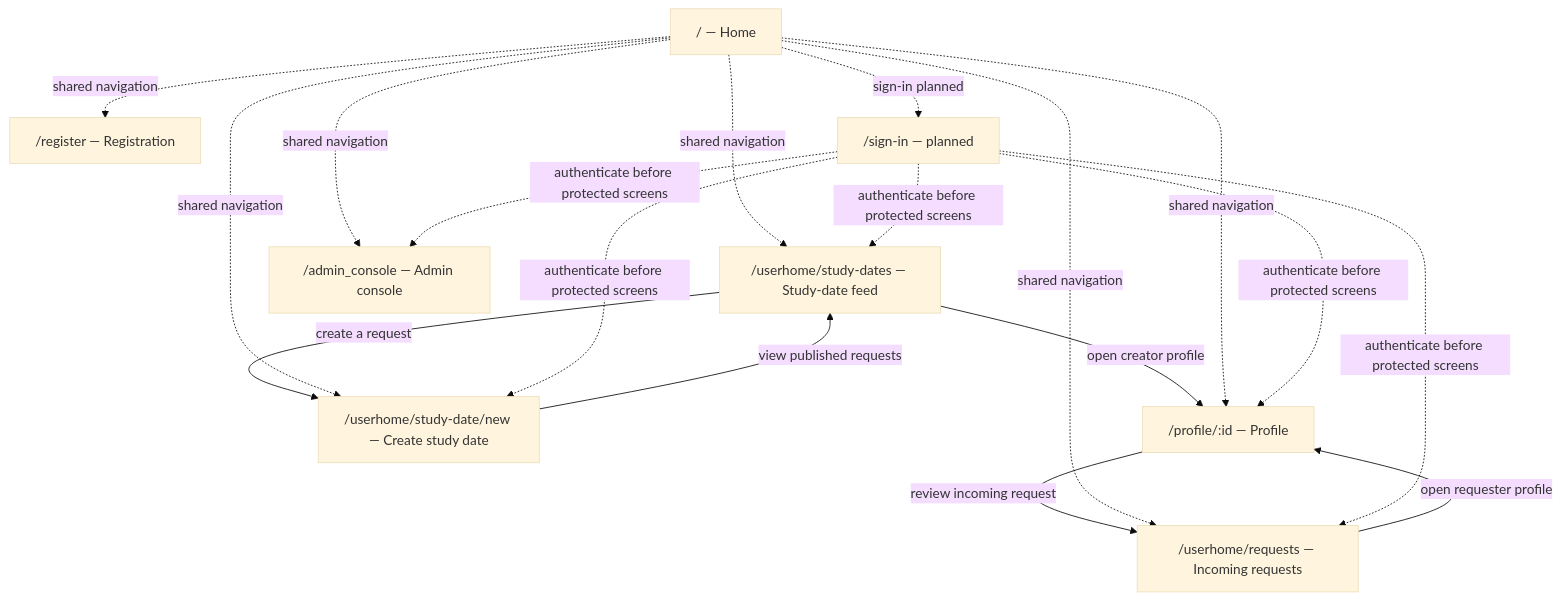
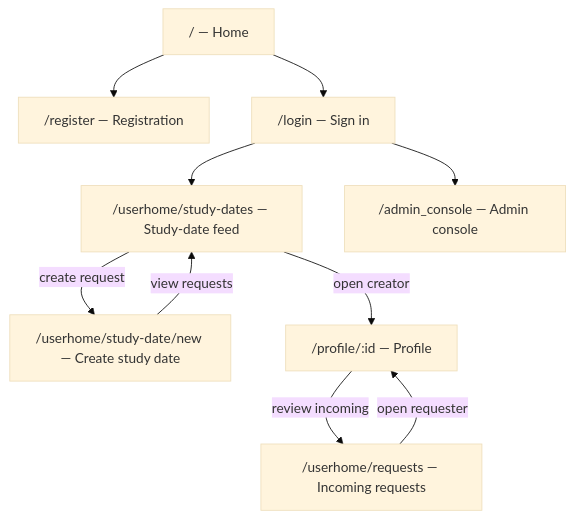
Before and after one commit to SE-FDA-NEU-AI66B/G8-DatingApp-AI66B: the diagram in docs/traceability.md, drawn with Mermaid (base theme). The commit also changed other lines of this file and 2 other files, not shown here.

````diff
--- a/docs/traceability.md
+++ b/docs/traceability.md
@@ -71,28 +58,21 @@
 ```mermaid
 flowchart TD
     Home["/ — Home"]
     Register["/register — Registration"]
+    Login["/login — Sign in"]
     Feed["/userhome/study-dates — Study-date feed"]
     Create["/userhome/study-date/new — Create study date"]
     Profile["/profile/:id — Profile"]
     Requests["/userhome/requests — Incoming requests"]
     Admin["/admin_console — Admin console"]
 
-    Feed -->|create a request| Create
-    Create -->|view published requests| Feed
-    Feed -->|open creator profile| Profile
-    Profile -->|review incoming request| Requests
-    Requests -->|open requester profile| Profile
-    Home -. shared navigation .-> Register
-    Home -. shared navigation .-> Feed
-    Home -. shared navigation .-> Create
-    Home -. shared navigation .-> Profile
-    Home -. shared navigation .-> Requests
-    Home -. shared navigation .-> Admin
-    Home -. sign-in planned .-> SignIn["/sign-in — planned"]
-    SignIn -. authenticate before protected screens .-> Feed
-    SignIn -. authenticate before protected screens .-> Create
-    SignIn -. authenticate before protected screens .-> Profile
-    SignIn -. authenticate before protected screens .-> Requests
-    SignIn -. authenticate before protected screens .-> Admin
+    Home --> Register
+    Home --> Login
+    Login --> Feed
+    Feed -->|create request| Create
+    Create -->|view requests| Feed
+    Feed -->|open creator| Profile
+    Profile -->|review incoming| Requests
+    Requests -->|open requester| Profile
+    Login --> Admin
 ```
````
